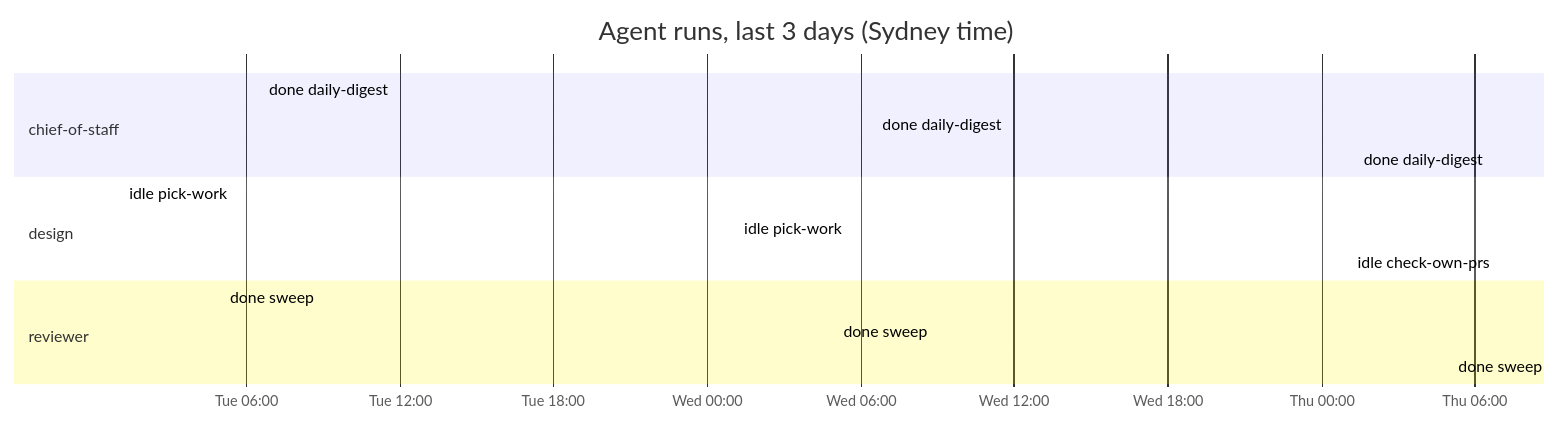
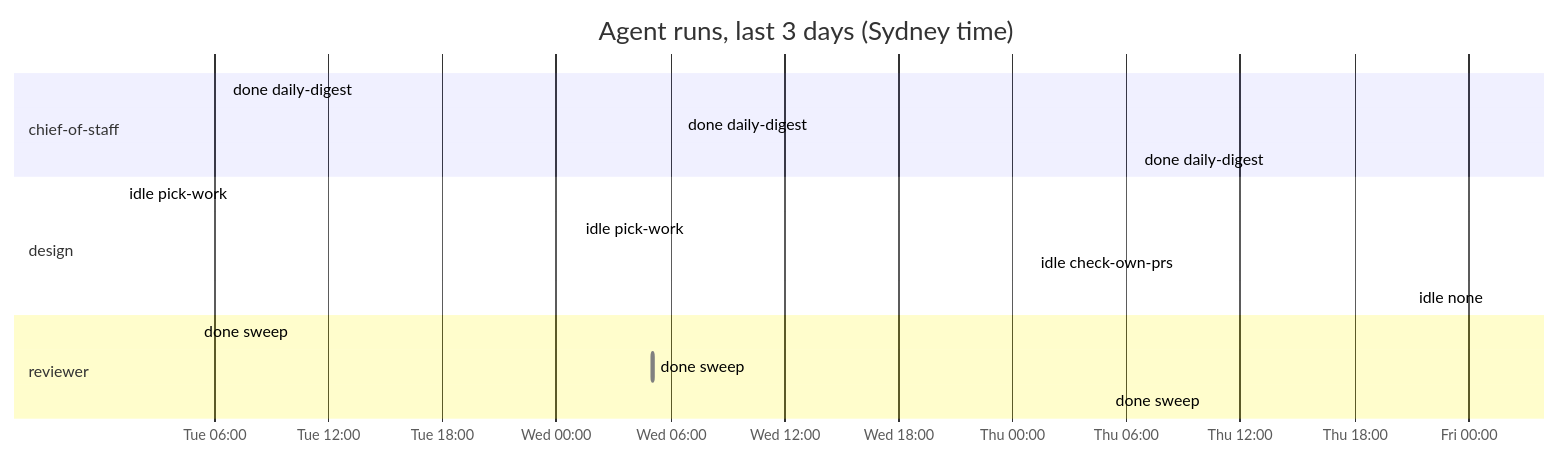
The diagram in dashboard.md (roulmediateam-byte/fifteen-expert-hq), drawn with Mermaid before and after one commit. The commit also changed other lines of this file and 1 other file, not shown here.

````diff
--- a/dashboard.md
+++ b/dashboard.md
@@ -54,18 +54,19 @@
 ```mermaid
 gantt
     title Agent runs, last 3 days (Sydney time)
     dateFormat YYYY-MM-DD HH:mm
     axisFormat %a %H:%M
     section chief-of-staff
     done daily-digest :done, 2026-11-24 06:35, 2026-11-24 06:37
     done daily-digest :done, 2026-11-25 06:34, 2026-11-25 06:35
     done daily-digest :done, 2026-11-26 06:35, 2026-11-26 06:36
     section design
     idle pick-work :done, 2026-11-24 01:09, 2026-11-24 01:09
     idle pick-work :done, 2026-11-25 01:09, 2026-11-25 01:09
     idle check-own-prs :done, 2026-11-26 01:09, 2026-11-26 01:09
+    idle none :done, 2026-11-27 01:08, 2026-11-27 01:09
     section reviewer
     done sweep :done, 2026-11-24 05:05, 2026-11-24 05:06
     done sweep :done, 2026-11-25 05:04, 2026-11-25 05:05
     done sweep :done, 2026-11-26 05:05, 2026-11-26 05:06
 ```
````
